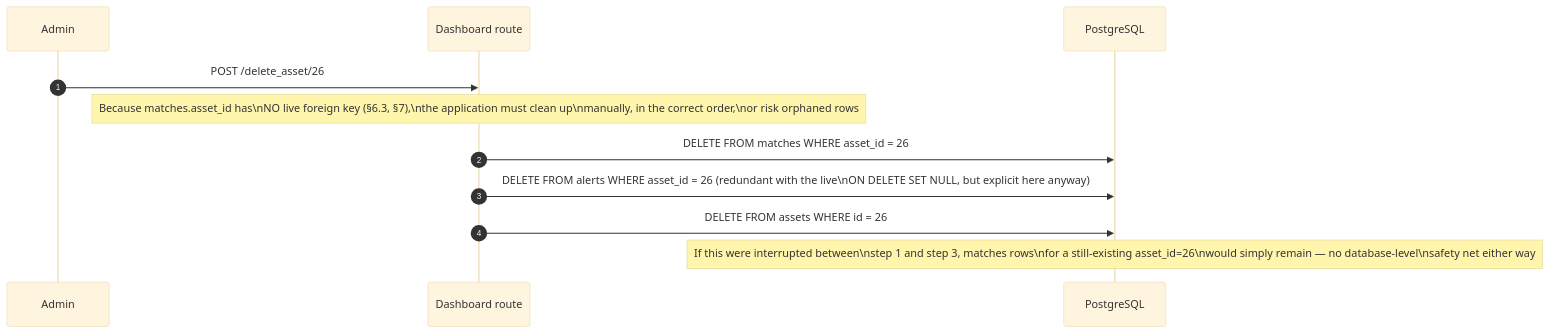
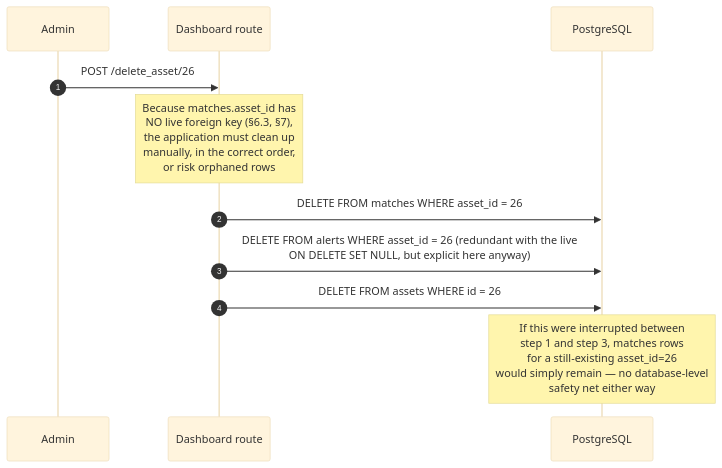
The ninth of 9 diagrams in docs/DATABASE.md (demuuus/argus), drawn with Mermaid (base theme) before and after one commit. The commit also changed other lines of this file and 1 other file, not shown here.

````diff
--- a/docs/DATABASE.md
+++ b/docs/DATABASE.md
@@ -1546,14 +1546,14 @@
 ```mermaid
 sequenceDiagram
     autonumber
     participant U as Admin
     participant App as Dashboard route
     participant DB as PostgreSQL
 
     U->>App: POST /delete_asset/26
-    Note over App: Because matches.asset_id has\nNO live foreign key (§6.3, §7),\nthe application must clean up\nmanually, in the correct order,\nor risk orphaned rows
+    Note over App: Because matches.asset_id has<br/>NO live foreign key (§6.3, §7),<br/>the application must clean up<br/>manually, in the correct order,<br/>or risk orphaned rows
     App->>DB: DELETE FROM matches WHERE asset_id = 26
-    App->>DB: DELETE FROM alerts WHERE asset_id = 26 (redundant with the live\nON DELETE SET NULL, but explicit here anyway)
+    App->>DB: DELETE FROM alerts WHERE asset_id = 26 (redundant with the live<br/>ON DELETE SET NULL, but explicit here anyway)
     App->>DB: DELETE FROM assets WHERE id = 26
-    Note over DB: If this were interrupted between\nstep 1 and step 3, matches rows\nfor a still-existing asset_id=26\nwould simply remain — no database-level\nsafety net either way
+    Note over DB: If this were interrupted between<br/>step 1 and step 3, matches rows<br/>for a still-existing asset_id=26<br/>would simply remain — no database-level<br/>safety net either way
 ```
````
